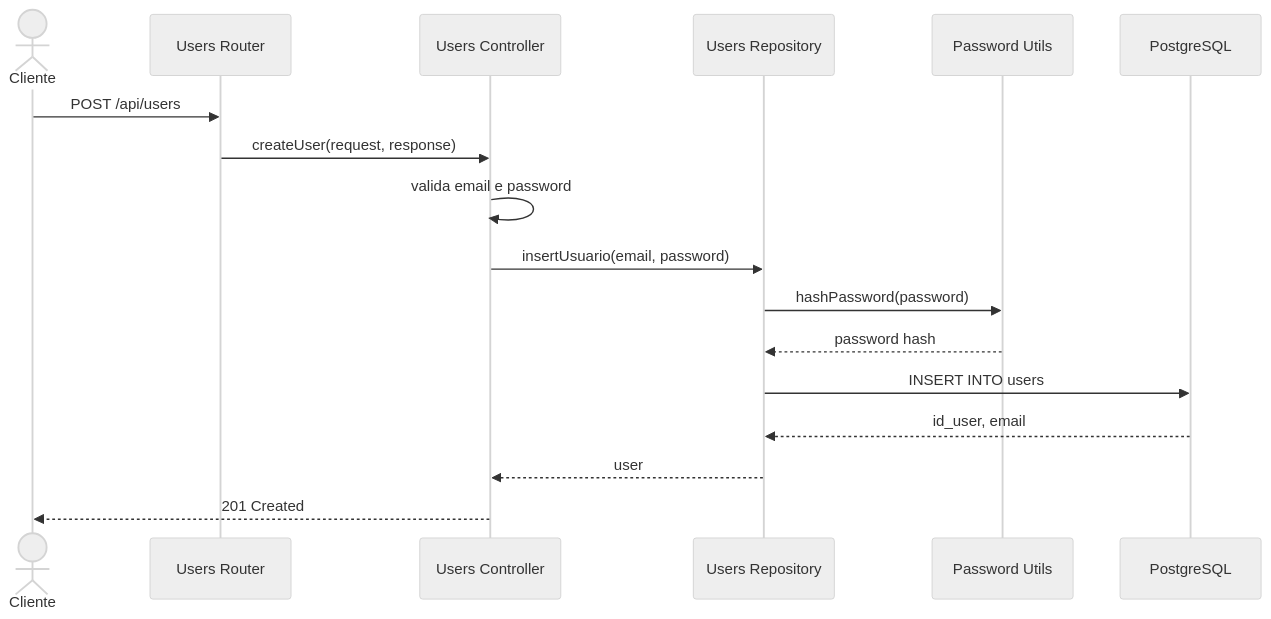
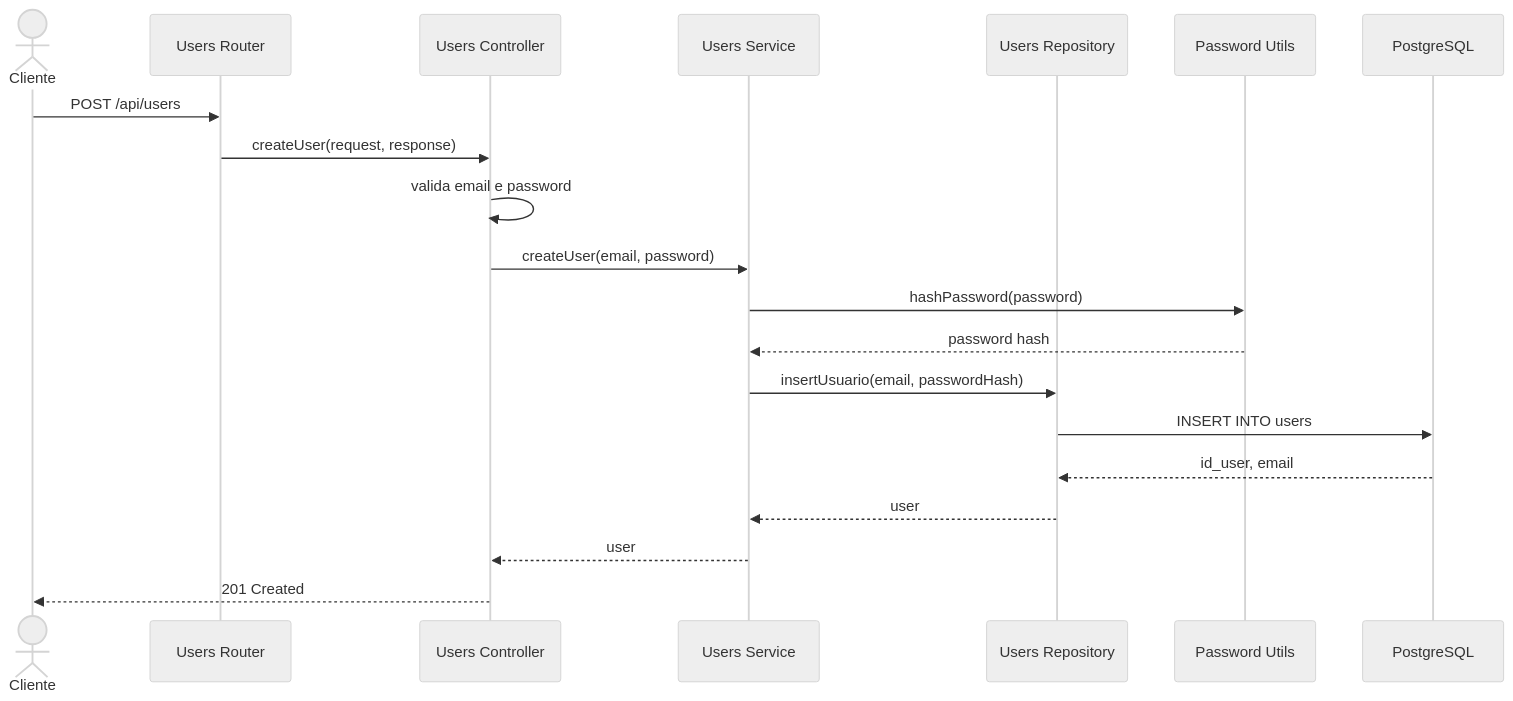
The third of 6 diagrams in README.md (arleysouza/webII-server-types), drawn with Mermaid (neutral theme) before and after one commit. The commit also changed other lines of this file and 12 other files, not shown here.

````diff
--- a/README.md
+++ b/README.md
@@ -233,20 +299,23 @@
 ```mermaid
 sequenceDiagram
   actor Client as Cliente
   participant Router as Users Router
   participant Controller as Users Controller
+  participant Service as Users Service
   participant Repository as Users Repository
   participant Password as Password Utils
   participant DB as PostgreSQL
 
   Client->>Router: POST /api/users
   Router->>Controller: createUser(request, response)
   Controller->>Controller: valida email e password
-  Controller->>Repository: insertUsuario(email, password)
-  Repository->>Password: hashPassword(password)
-  Password-->>Repository: password hash
+  Controller->>Service: createUser(email, password)
+  Service->>Password: hashPassword(password)
+  Password-->>Service: password hash
+  Service->>Repository: insertUsuario(email, passwordHash)
   Repository->>DB: INSERT INTO users
   DB-->>Repository: id_user, email
-  Repository-->>Controller: user
+  Repository-->>Service: user
+  Service-->>Controller: user
   Controller-->>Client: 201 Created
 ```
````
